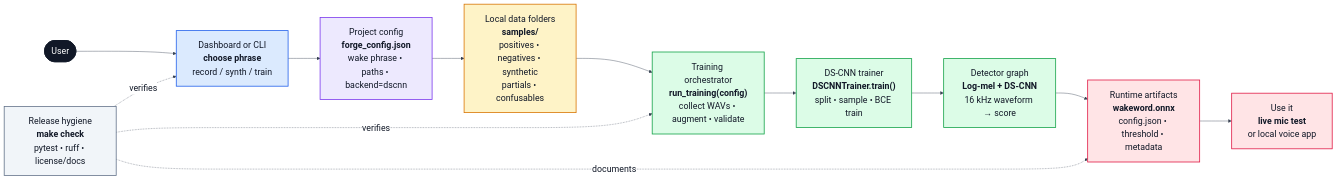
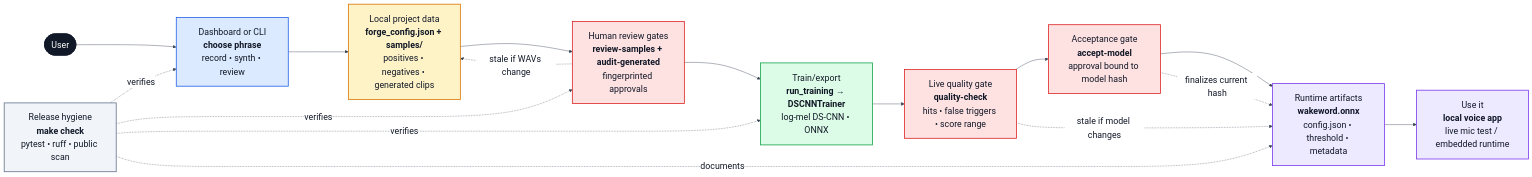
The diagram in docs/architecture.md (H-Ali13381/wakeword-forge), drawn with Mermaid before and after one commit. The commit also changed other lines of this file and 28 other files, not shown here.

````diff
--- a/docs/architecture.md
+++ b/docs/architecture.md
@@ -5,36 +5,40 @@
 ```mermaid
 %%{init: {"theme":"base", "flowchart":{"curve":"basis","nodeSpacing":55,"rankSpacing":80,"padding":20,"htmlLabels":true}, "themeVariables":{"background":"#ffffff","primaryColor":"#ffffff","primaryTextColor":"#111827","primaryBorderColor":"#111827","lineColor":"#374151","fontFamily":"Arial, sans-serif","fontSize":"22px","clusterBkg":"#f8fafc","clusterBorder":"#cbd5e1","edgeLabelBackground":"#ffffff"}}}%%
 flowchart LR
     U([User])
 
-    UI["Dashboard or CLI<br/><b>choose phrase</b><br/>record / synth / train"]
-    CFG["Project config<br/><b>forge_config.json</b><br/>wake phrase • paths • backend=dscnn"]
-    DATA["Local data folders<br/><b>samples/</b><br/>positives • negatives • synthetic<br/>partials • confusables"]
-    TRAIN["Training orchestrator<br/><b>run_training(config)</b><br/>collect WAVs • augment • validate"]
-    DSCNN["DS-CNN trainer<br/><b>DSCNNTrainer.train()</b><br/>split • sample • BCE train"]
-    MODEL["Detector graph<br/><b>Log-mel + DS-CNN</b><br/>16 kHz waveform → score"]
+    UI["Dashboard or CLI<br/><b>choose phrase</b><br/>record • synth • review"]
+    DATA["Local project data<br/><b>forge_config.json + samples/</b><br/>positives • negatives • generated clips"]
+    REVIEW["Human review gates<br/><b>review-samples + audit-generated</b><br/>fingerprinted approvals"]
+    TRAIN["Train/export<br/><b>run_training → DSCNNTrainer</b><br/>log-mel DS-CNN • ONNX"]
+    QC["Live quality gate<br/><b>quality-check</b><br/>hits • false triggers • score range"]
+    ACCEPT["Acceptance gate<br/><b>accept-model</b><br/>approval bound to model hash"]
     OUT["Runtime artifacts<br/><b>wakeword.onnx</b><br/>config.json • threshold • metadata"]
-    USE["Use it<br/><b>live mic test</b><br/>or local voice app"]
-    QA["Release hygiene<br/><b>make check</b><br/>pytest • ruff • license/docs"]
+    USE["Use it<br/><b>local voice app</b><br/>live mic test / embedded runtime"]
+    QA["Release hygiene<br/><b>make check</b><br/>pytest • ruff • public scan"]
 
-    U --> UI --> CFG --> DATA --> TRAIN --> DSCNN --> MODEL --> OUT --> USE
+    U --> UI --> DATA --> REVIEW --> TRAIN --> QC --> ACCEPT --> OUT --> USE
+    REVIEW -. stale if WAVs change .-> DATA
+    QC -. stale if model changes .-> OUT
+    ACCEPT -. finalizes current hash .-> OUT
     QA -. verifies .-> UI
+    QA -. verifies .-> REVIEW
     QA -. verifies .-> TRAIN
     QA -. documents .-> OUT
 
     classDef user fill:#111827,stroke:#111827,color:#ffffff,stroke-width:2px
     classDef interface fill:#dbeafe,stroke:#2563eb,color:#111827,stroke-width:2px
-    classDef state fill:#ede9fe,stroke:#7c3aed,color:#111827,stroke-width:2px
     classDef data fill:#fef3c7,stroke:#d97706,color:#111827,stroke-width:2px
+    classDef gate fill:#fee2e2,stroke:#dc2626,color:#111827,stroke-width:2px
     classDef train fill:#dcfce7,stroke:#16a34a,color:#111827,stroke-width:2px
-    classDef output fill:#ffe4e6,stroke:#e11d48,color:#111827,stroke-width:2px
+    classDef output fill:#ede9fe,stroke:#7c3aed,color:#111827,stroke-width:2px
     classDef verify fill:#f1f5f9,stroke:#64748b,color:#111827,stroke-width:2px
 
     class U user
     class UI interface
-    class CFG state
     class DATA data
-    class TRAIN,DSCNN,MODEL train
+    class REVIEW,QC,ACCEPT gate
+    class TRAIN train
     class OUT,USE output
     class QA verify
 ```
````
